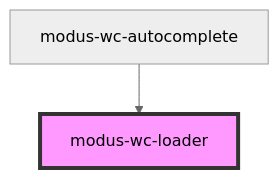
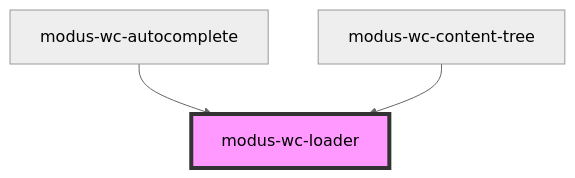
One commit to trimble-oss/modus-wc-2.0 changed the diagram in src/components/modus-wc-loader/readme.md. Above: the diagram before and after it, drawn with Mermaid (neutral theme). The commit also changed other lines of this file and 20 other files, not shown here.

````diff
--- a/src/components/modus-wc-loader/readme.md
+++ b/src/components/modus-wc-loader/readme.md
@@ -29,5 +30,6 @@
 ```mermaid
 graph TD;
   modus-wc-autocomplete --> modus-wc-loader
+  modus-wc-content-tree --> modus-wc-loader
   style modus-wc-loader fill:#f9f,stroke:#333,stroke-width:4px
 ```
````
